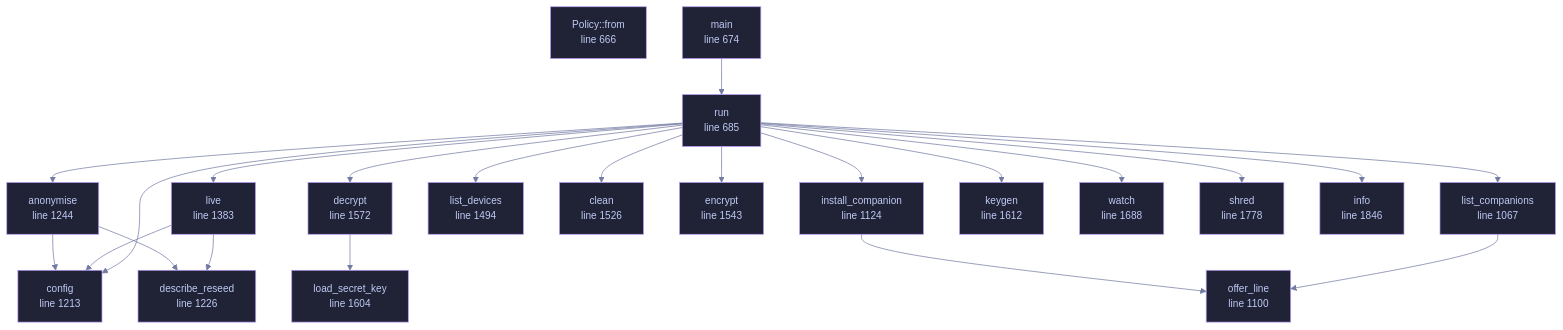
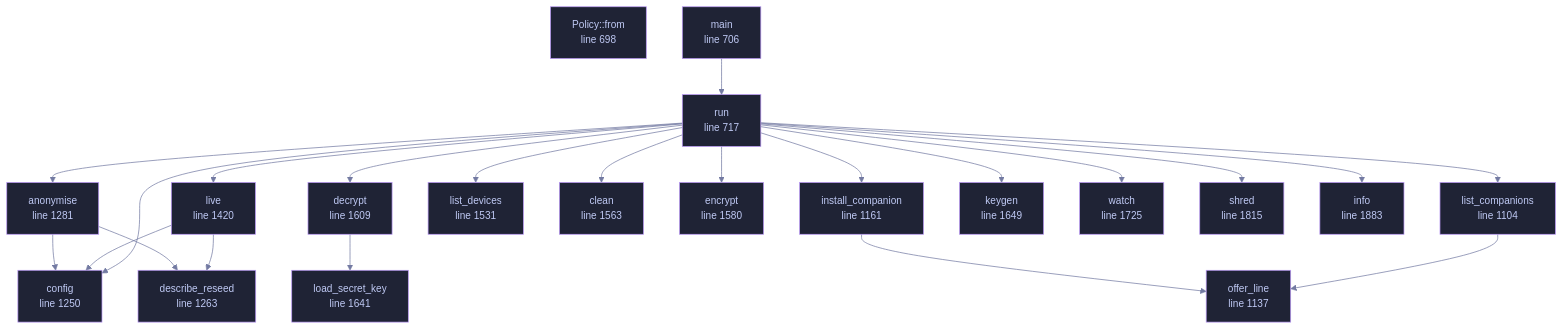
Before and after one commit to tilas01/veilvoice: the diagram in wiki/File-veilvoice-cli-main.md, drawn with Mermaid. The commit also changed other lines of this file and 76 other files, not shown here.

````diff
--- a/wiki/File-veilvoice-cli-main.md
+++ b/wiki/File-veilvoice-cli-main.md
@@ -113,65 +114,65 @@
 ```mermaid
 %%{init: {"theme":"base","themeVariables":{"background":"#1a1b26","primaryColor":"#1f2335","primaryTextColor":"#c0caf5","primaryBorderColor":"#7aa2f7","secondaryColor":"#16161e","tertiaryColor":"#16161e","lineColor":"#737aa2","textColor":"#c0caf5","mainBkg":"#1f2335","nodeBorder":"#7aa2f7","clusterBkg":"#16161e","clusterBorder":"#2f3549","fontFamily":"ui-monospace, SFMono-Regular, Consolas, monospace","fontSize":"14px"}}}%%
 flowchart TD
-    n_from["Policy::from<br/>line 666"]
-    n_main["main<br/>line 674"]
-    n_run["run<br/>line 685"]
-    n_list_companions["list_companions<br/>line 1067"]
-    n_offer_line["offer_line<br/>line 1100"]
-    n_install_companion["install_companion<br/>line 1124"]
-    n_config["config<br/>line 1213"]
-    n_describe_reseed["describe_reseed<br/>line 1226"]
-    n_anonymise["anonymise<br/>line 1244"]
-    n_live["live<br/>line 1383"]
-    n_list_devices["list_devices<br/>line 1494"]
-    n_clean["clean<br/>line 1526"]
-    n_encrypt["encrypt<br/>line 1543"]
-    n_decrypt["decrypt<br/>line 1572"]
-    n_load_secret_key["load_secret_key<br/>line 1604"]
-    n_keygen["keygen<br/>line 1612"]
-    n_watch["watch<br/>line 1688"]
-    n_shred["shred<br/>line 1778"]
-    n_info["info<br/>line 1846"]
+    n_from["Policy::from<br/>line 698"]
+    n_main["main<br/>line 706"]
+    n_run["run<br/>line 717"]
+    n_list_companions["list_companions<br/>line 1104"]
+    n_offer_line["offer_line<br/>line 1137"]
+    n_install_companion["install_companion<br/>line 1161"]
+    n_config["config<br/>line 1250"]
+    n_describe_reseed["describe_reseed<br/>line 1263"]
+    n_anonymise["anonymise<br/>line 1281"]
+    n_live["live<br/>line 1420"]
+    n_list_devices["list_devices<br/>line 1531"]
+    n_clean["clean<br/>line 1563"]
+    n_encrypt["encrypt<br/>line 1580"]
+    n_decrypt["decrypt<br/>line 1609"]
+    n_load_secret_key["load_secret_key<br/>line 1641"]
+    n_keygen["keygen<br/>line 1649"]
+    n_watch["watch<br/>line 1725"]
+    n_shred["shred<br/>line 1815"]
+    n_info["info<br/>line 1883"]
     n_anonymise --> n_config
     n_anonymise --> n_describe_reseed
     n_decrypt --> n_load_secret_key
     n_install_companion --> n_offer_line
     n_list_companions --> n_offer_line
     n_live --> n_config
     n_live --> n_describe_reseed
     n_main --> n_run
     n_run --> n_anonymise
     n_run --> n_clean
     n_run --> n_config
     n_run --> n_decrypt
     n_run --> n_encrypt
     n_run --> n_info
     n_run --> n_install_companion
     n_run --> n_keygen
     n_run --> n_list_companions
     n_run --> n_list_devices
     n_run --> n_live
     n_run --> n_shred
     n_run --> n_watch
-    click n_from href "https://github.com/tilas01/veilvoice/blob/main/crates/veilvoice-cli/src/main.rs#L666" "open the source"
-    click n_main href "https://github.com/tilas01/veilvoice/blob/main/crates/veilvoice-cli/src/main.rs#L674" "open the source"
-    click n_run href "https://github.com/tilas01/veilvoice/blob/main/crates/veilvoice-cli/src/main.rs#L685" "open the source"
-    click n_list_companions href "https://github.com/tilas01/veilvoice/blob/main/crates/veilvoice-cli/src/main.rs#L1067" "open the source"
-    click n_offer_line href "https://github.com/tilas01/veilvoice/blob/main/crates/veilvoice-cli/src/main.rs#L1100" "open the source"
-    click n_install_companion href "https://github.com/tilas01/veilvoice/blob/main/crates/veilvoice-cli/src/main.rs#L1124" "open the source"
-    click n_config href "https://github.com/tilas01/veilvoice/blob/main/crates/veilvoice-cli/src/main.rs#L1213" "open the source"
-    click n_describe_reseed href "https://github.com/tilas01/veilvoice/blob/main/crates/veilvoice-cli/src/main.rs#L1226" "open the source"
-    click n_anonymise href "https://github.com/tilas01/veilvoice/blob/main/crates/veilvoice-cli/src/main.rs#L1244" "open the source"
-    click n_live href "https://github.com/tilas01/veilvoice/blob/main/crates/veilvoice-cli/src/main.rs#L1383" "open the source"
-    click n_list_devices href "https://github.com/tilas01/veilvoice/blob/main/crates/veilvoice-cli/src/main.rs#L1494" "open the source"
-    click n_clean href "https://github.com/tilas01/veilvoice/blob/main/crates/veilvoice-cli/src/main.rs#L1526" "open the source"
-    click n_encrypt href "https://github.com/tilas01/veilvoice/blob/main/crates/veilvoice-cli/src/main.rs#L1543" "open the source"
-    click n_decrypt href "https://github.com/tilas01/veilvoice/blob/main/crates/veilvoice-cli/src/main.rs#L1572" "open the source"
-    click n_load_secret_key href "https://github.com/tilas01/veilvoice/blob/main/crates/veilvoice-cli/src/main.rs#L1604" "open the source"
-    click n_keygen href "https://github.com/tilas01/veilvoice/blob/main/crates/veilvoice-cli/src/main.rs#L1612" "open the source"
-    click n_watch href "https://github.com/tilas01/veilvoice/blob/main/crates/veilvoice-cli/src/main.rs#L1688" "open the source"
-    click n_shred href "https://github.com/tilas01/veilvoice/blob/main/crates/veilvoice-cli/src/main.rs#L1778" "open the source"
-    click n_info href "https://github.com/tilas01/veilvoice/blob/main/crates/veilvoice-cli/src/main.rs#L1846" "open the source"
+    click n_from href "https://github.com/tilas01/veilvoice/blob/main/crates/veilvoice-cli/src/main.rs#L698" "open the source"
+    click n_main href "https://github.com/tilas01/veilvoice/blob/main/crates/veilvoice-cli/src/main.rs#L706" "open the source"
+    click n_run href "https://github.com/tilas01/veilvoice/blob/main/crates/veilvoice-cli/src/main.rs#L717" "open the source"
+    click n_list_companions href "https://github.com/tilas01/veilvoice/blob/main/crates/veilvoice-cli/src/main.rs#L1104" "open the source"
+    click n_offer_line href "https://github.com/tilas01/veilvoice/blob/main/crates/veilvoice-cli/src/main.rs#L1137" "open the source"
+    click n_install_companion href "https://github.com/tilas01/veilvoice/blob/main/crates/veilvoice-cli/src/main.rs#L1161" "open the source"
+    click n_config href "https://github.com/tilas01/veilvoice/blob/main/crates/veilvoice-cli/src/main.rs#L1250" "open the source"
+    click n_describe_reseed href "https://github.com/tilas01/veilvoice/blob/main/crates/veilvoice-cli/src/main.rs#L1263" "open the source"
+    click n_anonymise href "https://github.com/tilas01/veilvoice/blob/main/crates/veilvoice-cli/src/main.rs#L1281" "open the source"
+    click n_live href "https://github.com/tilas01/veilvoice/blob/main/crates/veilvoice-cli/src/main.rs#L1420" "open the source"
+    click n_list_devices href "https://github.com/tilas01/veilvoice/blob/main/crates/veilvoice-cli/src/main.rs#L1531" "open the source"
+    click n_clean href "https://github.com/tilas01/veilvoice/blob/main/crates/veilvoice-cli/src/main.rs#L1563" "open the source"
+    click n_encrypt href "https://github.com/tilas01/veilvoice/blob/main/crates/veilvoice-cli/src/main.rs#L1580" "open the source"
+    click n_decrypt href "https://github.com/tilas01/veilvoice/blob/main/crates/veilvoice-cli/src/main.rs#L1609" "open the source"
+    click n_load_secret_key href "https://github.com/tilas01/veilvoice/blob/main/crates/veilvoice-cli/src/main.rs#L1641" "open the source"
+    click n_keygen href "https://github.com/tilas01/veilvoice/blob/main/crates/veilvoice-cli/src/main.rs#L1649" "open the source"
+    click n_watch href "https://github.com/tilas01/veilvoice/blob/main/crates/veilvoice-cli/src/main.rs#L1725" "open the source"
+    click n_shred href "https://github.com/tilas01/veilvoice/blob/main/crates/veilvoice-cli/src/main.rs#L1815" "open the source"
+    click n_info href "https://github.com/tilas01/veilvoice/blob/main/crates/veilvoice-cli/src/main.rs#L1883" "open the source"
     classDef helper fill:#1f2335,stroke:#bb9af7,color:#c0caf5
     class n_from,n_main,n_run,n_list_companions,n_offer_line,n_install_companion,n_config,n_describe_reseed,n_anonymise,n_live,n_list_devices,n_clean,n_encrypt,n_decrypt,n_load_secret_key,n_keygen,n_watch,n_shred,n_info helper
 ```
````
